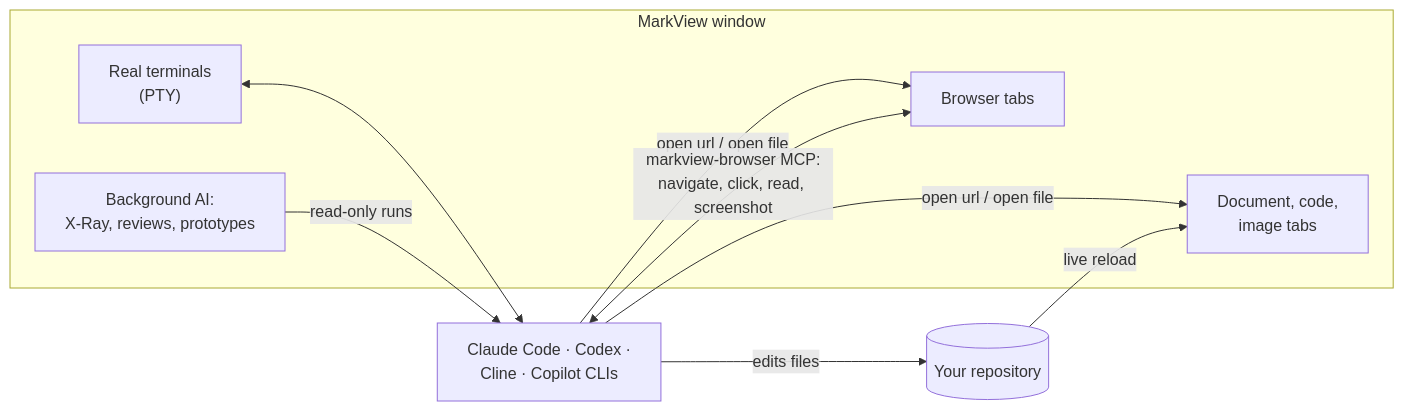
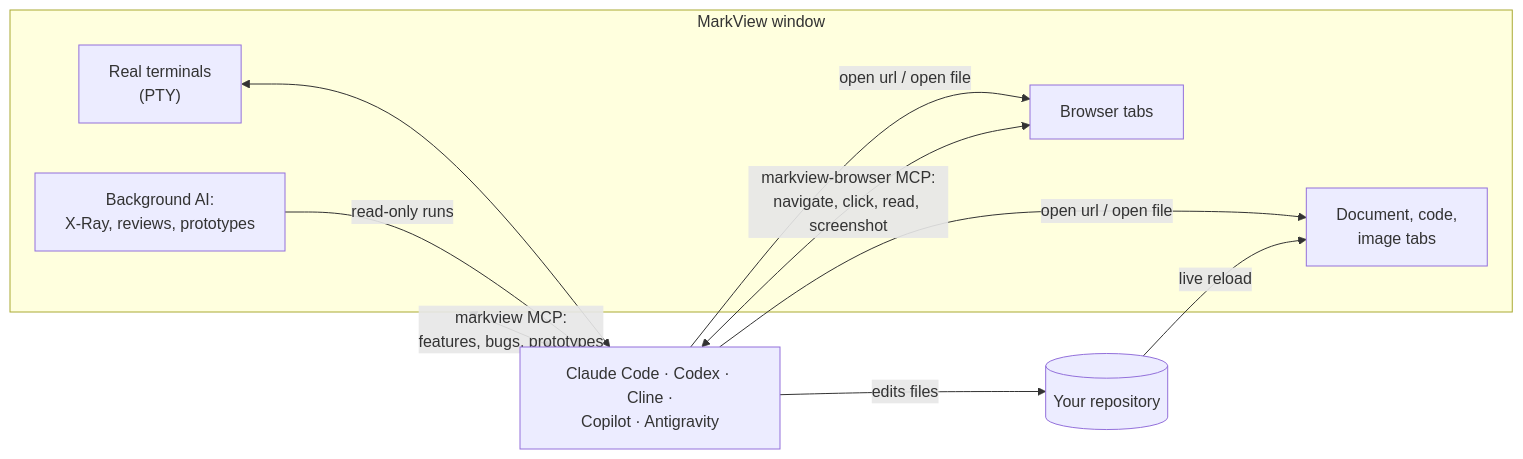
Before and after one commit to t-boris/MarkView: the ninth of 10 diagrams in README.md, drawn with Mermaid. The commit also changed other lines of this file and 5 other files, not shown here.

````diff
--- a/README.md
+++ b/README.md
@@ -364,16 +495,17 @@
 ```mermaid
 flowchart LR
     subgraph App["MarkView window"]
         T["Real terminals<br/>(PTY)"]
         BR["Browser tabs"]
         TABS["Document, code,<br/>image tabs"]
         BG["Background AI:<br/>X-Ray, reviews, prototypes"]
     end
-    T <--> AG["Claude Code · Codex ·<br/>Cline · Copilot CLIs"]
+    T <--> AG["Claude Code · Codex · Cline ·<br/>Copilot · Antigravity"]
     BG -->|"read-only runs"| AG
     AG -->|"open url / open file"| BR
     AG -->|"open url / open file"| TABS
     AG <-->|"markview-browser MCP:<br/>navigate, click, read, screenshot"| BR
+    AG <-->|"markview MCP:<br/>features, bugs, prototypes"| App
     AG -->|"edits files"| FS[("Your repository")]
     FS -->|"live reload"| TABS
 ```
````
